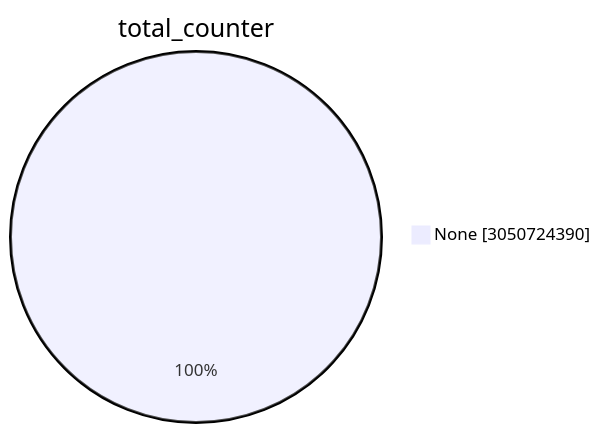
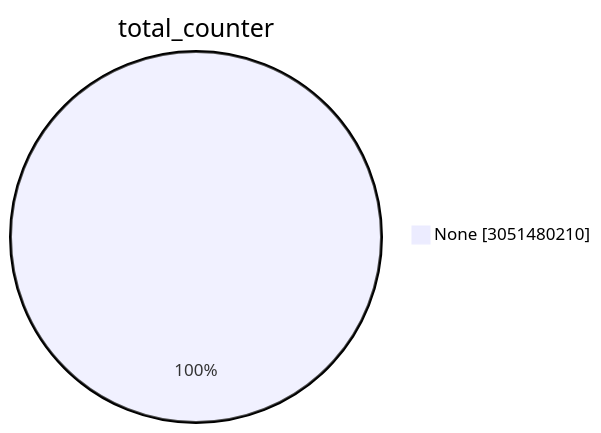
One commit to christiankrug/ctmonitor_visualization changed the first of 15 diagrams in TOTAL/README.md. Above: the diagram before and after it, drawn with Mermaid. The commit also changed other lines of this file, not shown here.

````diff
--- a/TOTAL/README.md
+++ b/TOTAL/README.md
@@ -1,5 +1,5 @@
 ```mermaid
 pie showData
 title total_counter
-"None" :3050724390
+"None" :3051480210
 ```
````
